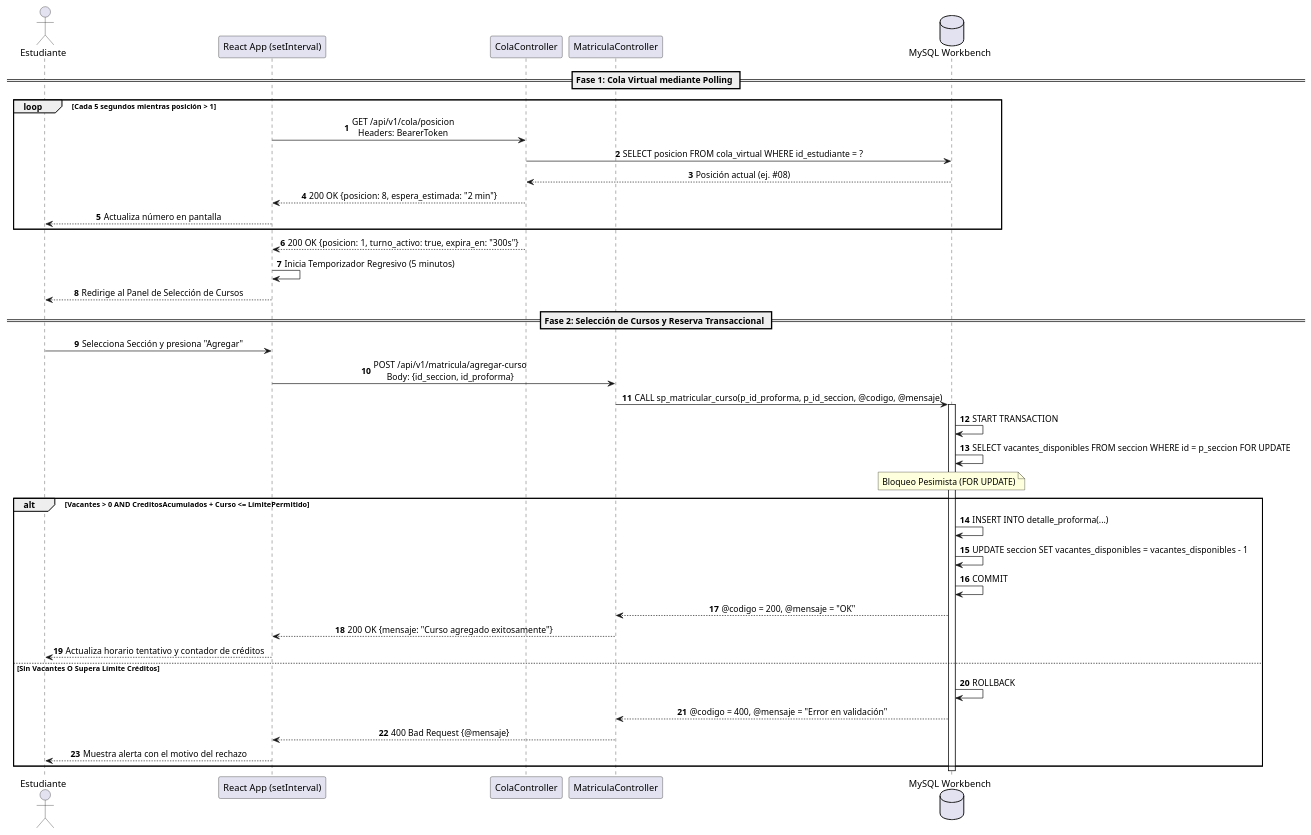
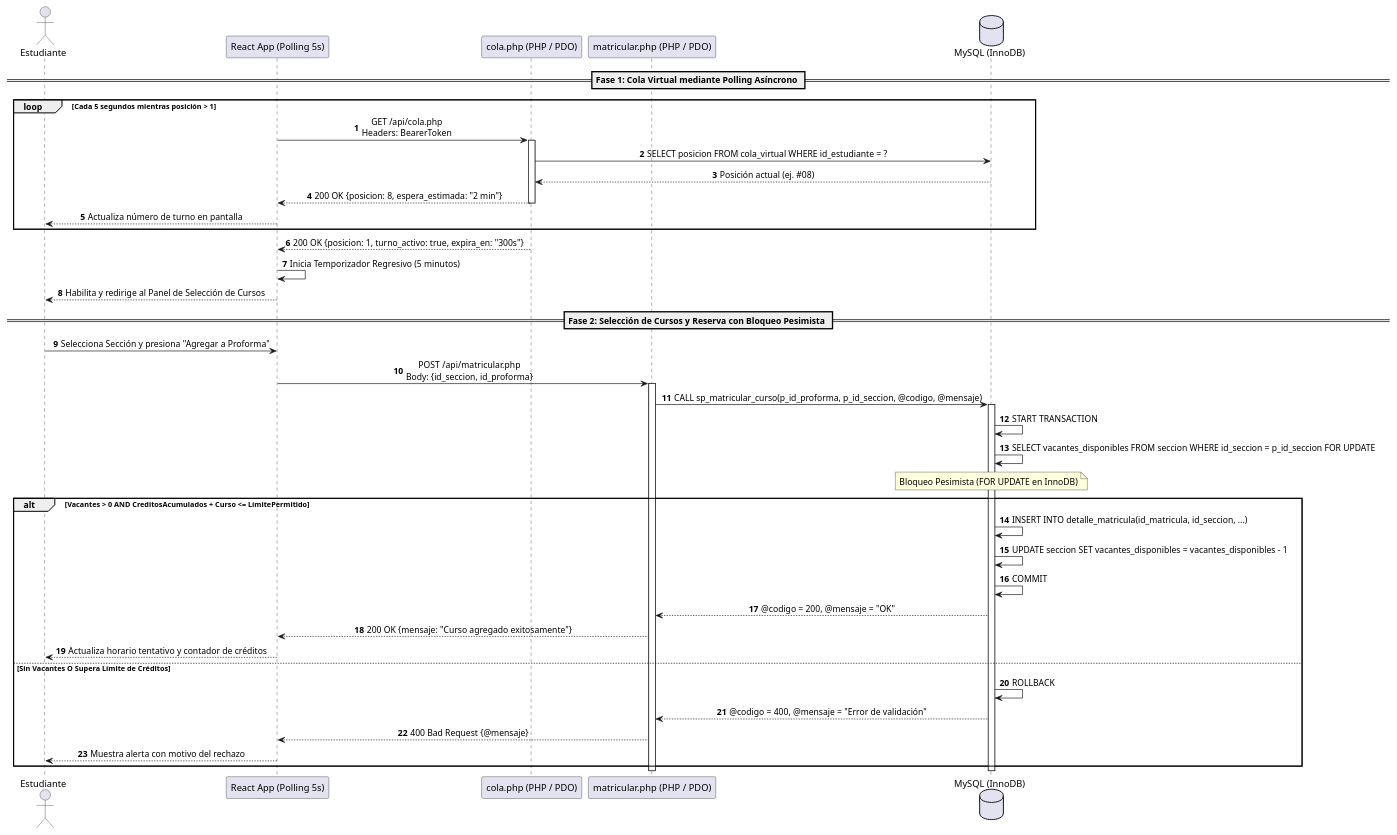
The diagram in diagramas/secuencia/colavirtual.puml (jsondev999/sistema-matricula), drawn with PlantUML before and after one commit. The commit also changed 7 other files, not shown here.

Commit message:
Actualiza diagrama de secuencia

```diff
--- a/diagramas/secuencia/colavirtual.puml
+++ b/diagramas/secuencia/colavirtual.puml
@@ -1,48 +1,52 @@
 @startuml colavirtual
 autonumber
 skinparam SequenceMessageAlignment center
 
 actor "Estudiante" as Client
-participant "React App (setInterval)" as React
-participant "ColaController" as Queue
-participant "MatriculaController" as Controller
-database "MySQL Workbench" as DB
+participant "React App (Polling 5s)" as React
+participant "cola.php (PHP / PDO)" as Queue
+participant "matricular.php (PHP / PDO)" as Controller
+database "MySQL (InnoDB)" as DB
 
-== Fase 1: Cola Virtual mediante Polling ==
+== Fase 1: Cola Virtual mediante Polling Asíncrono ==
 loop Cada 5 segundos mientras posición > 1
-    React -> Queue: GET /api/v1/cola/posicion\nHeaders: BearerToken
+    React -> Queue: GET /api/cola.php\nHeaders: BearerToken
+    activate Queue
     Queue -> DB: SELECT posicion FROM cola_virtual WHERE id_estudiante = ?
     DB --> Queue: Posición actual (ej. #08)
     Queue --> React: 200 OK {posicion: 8, espera_estimada: "2 min"}
-    React --> Client: Actualiza número en pantalla
+    deactivate Queue
+    React --> Client: Actualiza número de turno en pantalla
 end
 
 Queue --> React: 200 OK {posicion: 1, turno_activo: true, expira_en: "300s"}
 React -> React: Inicia Temporizador Regresivo (5 minutos)
-React --> Client: Redirige al Panel de Selección de Cursos
+React --> Client: Habilita y redirige al Panel de Selección de Cursos
 
-== Fase 2: Selección de Cursos y Reserva Transaccional ==
-Client -> React: Selecciona Sección y presiona "Agregar"
-React -> Controller: POST /api/v1/matricula/agregar-curso\nBody: {id_seccion, id_proforma}
+== Fase 2: Selección de Cursos y Reserva con Bloqueo Pesimista ==
+Client -> React: Selecciona Sección y presiona "Agregar a Proforma"
+React -> Controller: POST /api/matricular.php\nBody: {id_seccion, id_proforma}
+activate Controller
+
 Controller -> DB: CALL sp_matricular_curso(p_id_proforma, p_id_seccion, @codigo, @mensaje)
-
 activate DB
     DB -> DB: START TRANSACTION
-    DB -> DB: SELECT vacantes_disponibles FROM seccion WHERE id = p_seccion FOR UPDATE
-    note over DB: Bloqueo Pesimista (FOR UPDATE)
+    DB -> DB: SELECT vacantes_disponibles FROM seccion WHERE id_seccion = p_id_seccion FOR UPDATE
+    note over DB: Bloqueo Pesimista (FOR UPDATE en InnoDB)
     
     alt Vacantes > 0 AND CreditosAcumulados + Curso <= LímitePermitido
-        DB -> DB: INSERT INTO detalle_proforma(...)
+        DB -> DB: INSERT INTO detalle_matricula(id_matricula, id_seccion, ...)
         DB -> DB: UPDATE seccion SET vacantes_disponibles = vacantes_disponibles - 1
         DB -> DB: COMMIT
         DB --> Controller: @codigo = 200, @mensaje = "OK"
         Controller --> React: 200 OK {mensaje: "Curso agregado exitosamente"}
         React --> Client: Actualiza horario tentativo y contador de créditos
-    else Sin Vacantes O Supera Límite Créditos
+    else Sin Vacantes O Supera Límite de Créditos
         DB -> DB: ROLLBACK
-        DB --> Controller: @codigo = 400, @mensaje = "Error en validación"
+        DB --> Controller: @codigo = 400, @mensaje = "Error de validación"
         Controller --> React: 400 Bad Request {@mensaje}
-        React --> Client: Muestra alerta con el motivo del rechazo
+        React --> Client: Muestra alerta con motivo del rechazo
     end
 deactivate DB
+deactivate Controller
 @enduml
```
